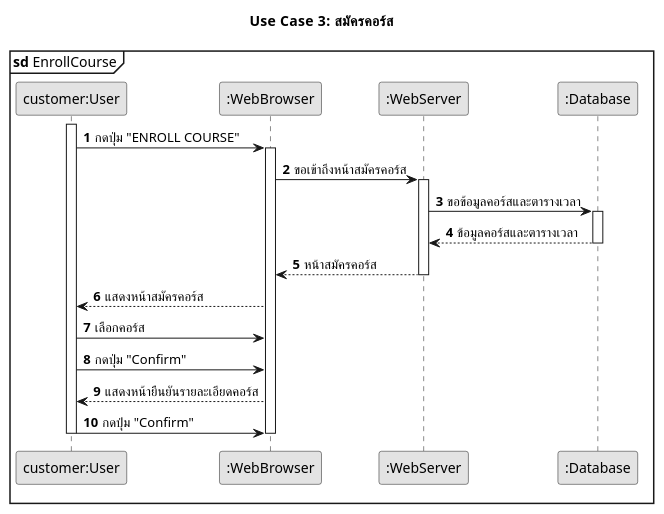
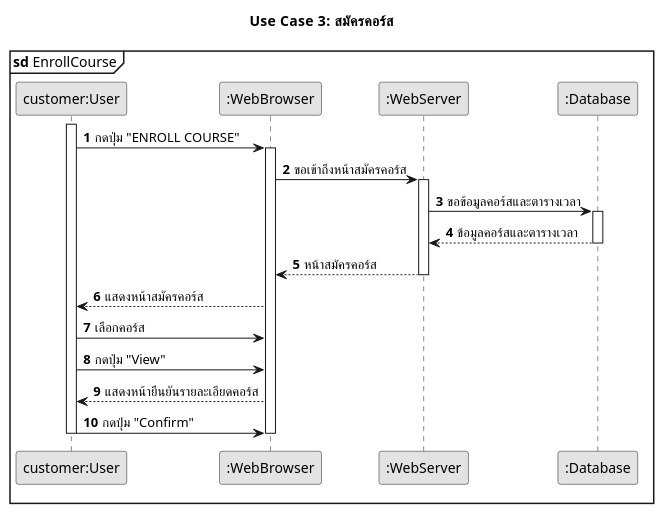
Before and after one commit to SaluteKevin/AQkid: the diagram in Documentation/design/diagrams/source/aqkids-sequence-uc3.puml, drawn with PlantUML. The commit also changed 6 other files, not shown here.

First line of the commit message:
Update UC3's Interaction-based diagrams

```diff
--- a/Documentation/design/diagrams/source/aqkids-sequence-uc3.puml
+++ b/Documentation/design/diagrams/source/aqkids-sequence-uc3.puml
@@ -1,43 +1,43 @@
 @startuml
 !pragma teoz true
 skinparam monochrome true
 skinparam defaultFontName Sarabun
 
 title Use Case 3: สมัครคอร์ส
 mainframe **sd** EnrollCourse
 
 participant "customer:User" as Customer
 participant ":WebBrowser" as Browser
 participant ":WebServer" as Server
 participant ":Database" as Database
 
 autonumber
 
 activate Customer
 Customer -> Browser: กดปุ่ม "ENROLL COURSE"
 
 activate Browser
 Browser -> Server: ขอเข้าถึงหน้าสมัครคอร์ส
 
 activate Server
 Server -> Database: ขอข้อมูลคอร์สและตารางเวลา
 
 activate Database
 Database --> Server: ข้อมูลคอร์สและตารางเวลา
 deactivate Database
 
 Server --> Browser: หน้าสมัครคอร์ส
 deactivate Server
 
 Browser --> Customer: แสดงหน้าสมัครคอร์ส
 
 Customer -> Browser: เลือกคอร์ส
-Customer -> Browser: กดปุ่ม "Confirm"
+Customer -> Browser: กดปุ่ม "View"
 Browser --> Customer: แสดงหน้ายืนยันรายละเอียดคอร์ส
 
 Customer -> Browser: กดปุ่ม "Confirm"
 
 deactivate Browser
 
 deactivate Customer
 @enduml
```
